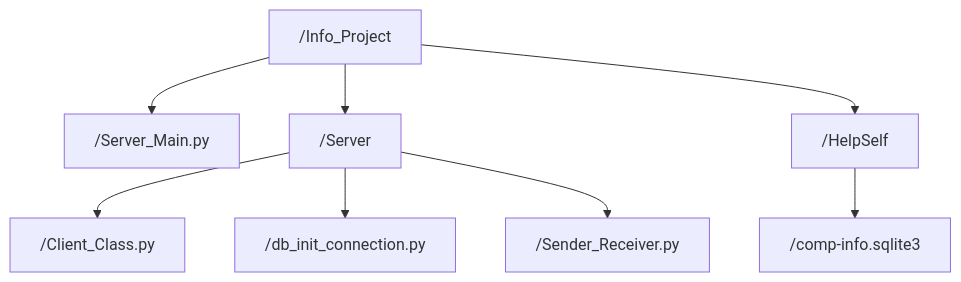
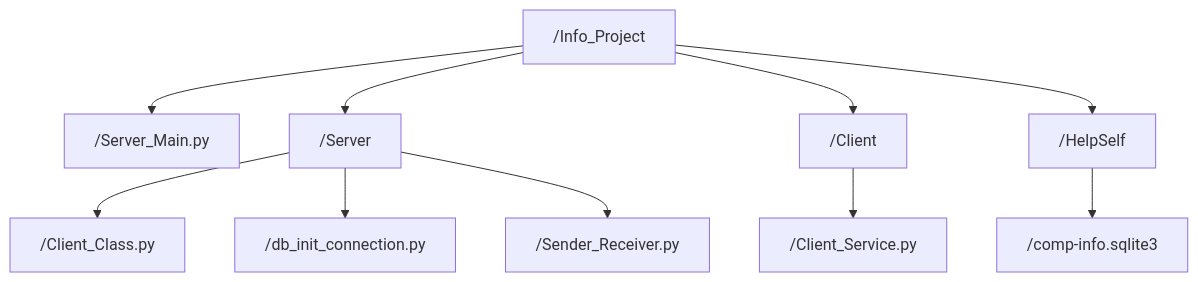
One commit to YazidEl7/Info_Project changed the diagram in README.md. Above: the diagram before and after it, drawn with Mermaid.

````diff
--- a/README.md
+++ b/README.md
@@ -10,10 +10,12 @@
 ```mermaid
 graph TD;
     /Info_Project-->/Server_Main.py;
     /Info_Project-->/Server;
+    /Info_Project-->/Client;
+    /Client-->/Client_Service.py;
     /Server-->/Client_Class.py;
     /Server-->/db_init_connection.py;
     /Server-->/Sender_Receiver.py;
     /Info_Project-->/HelpSelf;
     /HelpSelf-->/comp-info.sqlite3;
 ```
````
